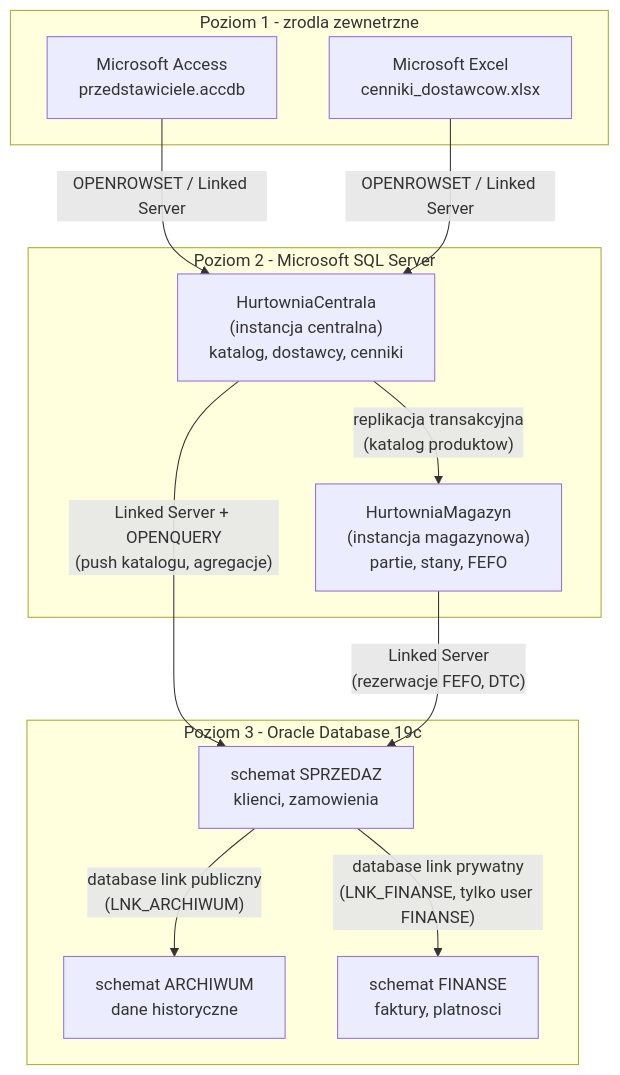
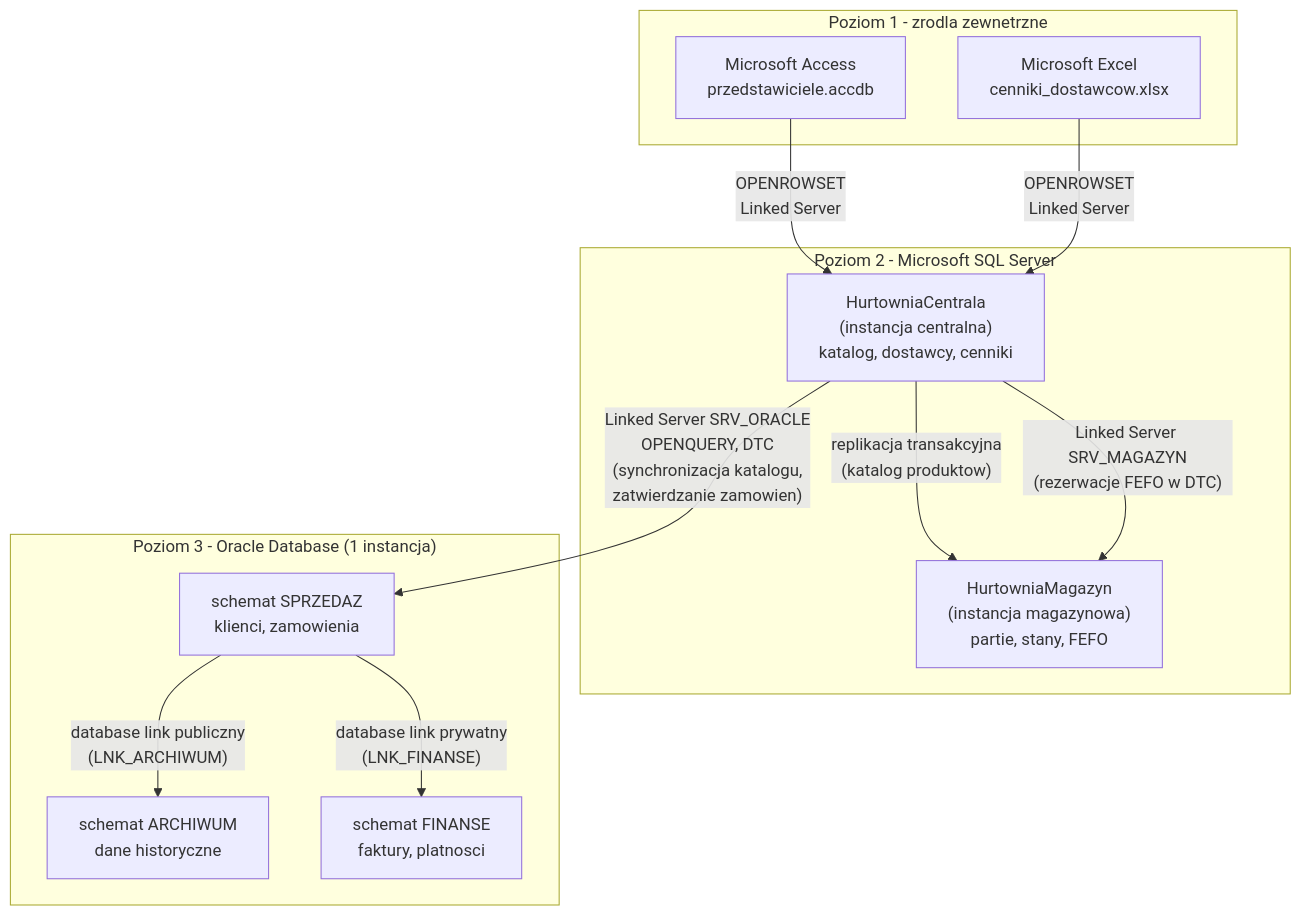
The first of 6 diagrams in RBZ/PROJEKT/HiDPPS.md (MattyMroz/Bazy_Danych), drawn with Mermaid before and after one commit. The commit also changed other lines of this file, not shown here.

````diff
--- a/RBZ/PROJEKT/HiDPPS.md
+++ b/RBZ/PROJEKT/HiDPPS.md
@@ -69,26 +76,26 @@
 ```mermaid
 flowchart TB
     subgraph EXT["Poziom 1 - zrodla zewnetrzne"]
         ACC["Microsoft Access<br/>przedstawiciele.accdb"]
         XLS["Microsoft Excel<br/>cenniki_dostawcow.xlsx"]
     end
 
     subgraph MSSQL["Poziom 2 - Microsoft SQL Server"]
         CEN["HurtowniaCentrala<br/>(instancja centralna)<br/>katalog, dostawcy, cenniki"]
         MAG["HurtowniaMagazyn<br/>(instancja magazynowa)<br/>partie, stany, FEFO"]
     end
 
-    subgraph ORA["Poziom 3 - Oracle Database 19c"]
+    subgraph ORA["Poziom 3 - Oracle Database (1 instancja)"]
         SPR["schemat SPRZEDAZ<br/>klienci, zamowienia"]
         ARC["schemat ARCHIWUM<br/>dane historyczne"]
         FIN["schemat FINANSE<br/>faktury, platnosci"]
     end
 
-    ACC -->|"OPENROWSET / Linked Server"| CEN
-    XLS -->|"OPENROWSET / Linked Server"| CEN
+    ACC -->|"OPENROWSET<br/>Linked Server"| CEN
+    XLS -->|"OPENROWSET<br/>Linked Server"| CEN
     CEN -->|"replikacja transakcyjna<br/>(katalog produktow)"| MAG
-    CEN -->|"Linked Server + OPENQUERY<br/>(push katalogu, agregacje)"| SPR
-    MAG -->|"Linked Server<br/>(rezerwacje FEFO, DTC)"| SPR
+    CEN -->|"Linked Server SRV_ORACLE<br/>OPENQUERY, DTC<br/>(synchronizacja katalogu,<br/>zatwierdzanie zamowien)"| SPR
+    CEN -->|"Linked Server SRV_MAGAZYN<br/>(rezerwacje FEFO w DTC)"| MAG
     SPR -->|"database link publiczny<br/>(LNK_ARCHIWUM)"| ARC
-    SPR -->|"database link prywatny<br/>(LNK_FINANSE, tylko user FINANSE)"| FIN
+    SPR -->|"database link prywatny<br/>(LNK_FINANSE)"| FIN
 ```
````
